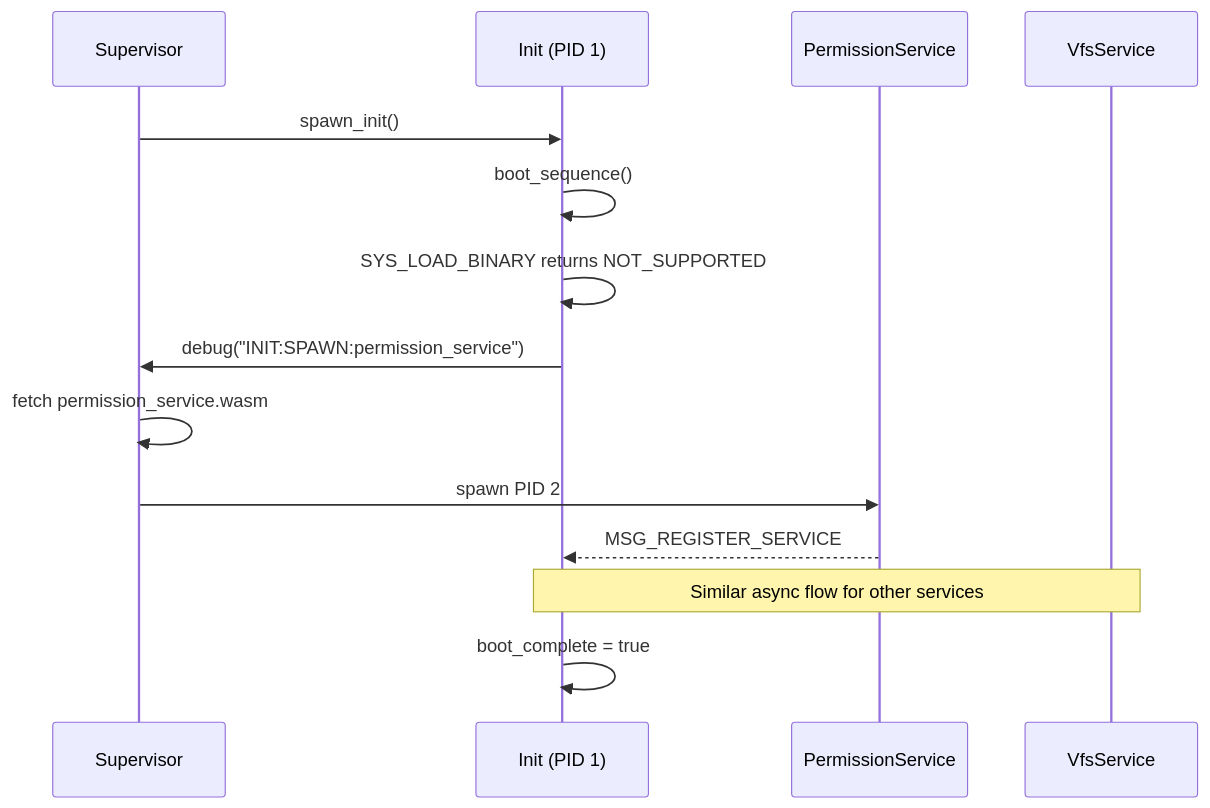
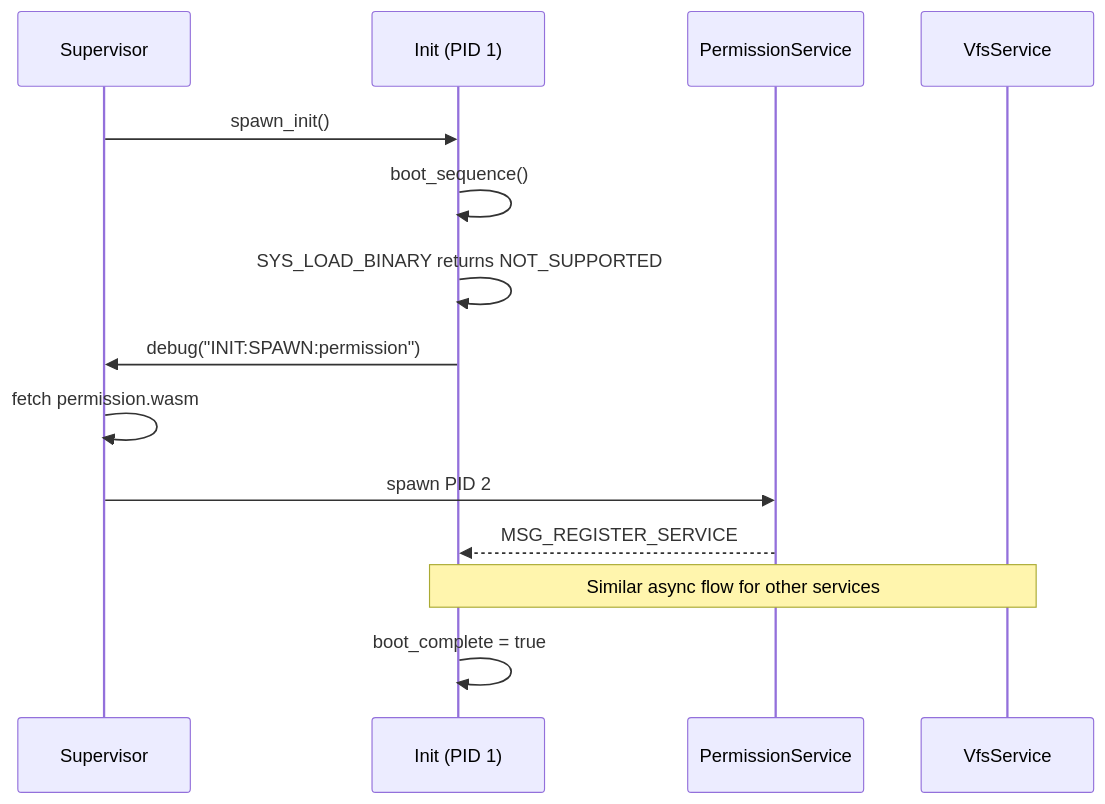
The third of 6 diagrams in docs/spec/v0.1.3/04-init-supervisor.md (cypher-asi/orbital-os), drawn with Mermaid before and after one commit. The commit also changed other lines of this file and 97 other files, not shown here.

````diff
--- a/docs/spec/v0.1.3/04-init-supervisor.md
+++ b/docs/spec/v0.1.3/04-init-supervisor.md
@@ -134,20 +134,20 @@
 ```mermaid
 sequenceDiagram
     participant S as Supervisor
     participant I as Init (PID 1)
     participant PS as PermissionService
     participant VFS as VfsService
 
     S->>I: spawn_init()
     I->>I: boot_sequence()
     
     I->>I: SYS_LOAD_BINARY returns NOT_SUPPORTED
-    I->>S: debug("INIT:SPAWN:permission_service")
-    S->>S: fetch permission_service.wasm
+    I->>S: debug("INIT:SPAWN:permission")
+    S->>S: fetch permission.wasm
     S->>PS: spawn PID 2
     PS-->>I: MSG_REGISTER_SERVICE
     
     Note over I,VFS: Similar async flow for other services
     
     I->>I: boot_complete = true
 ```
````
